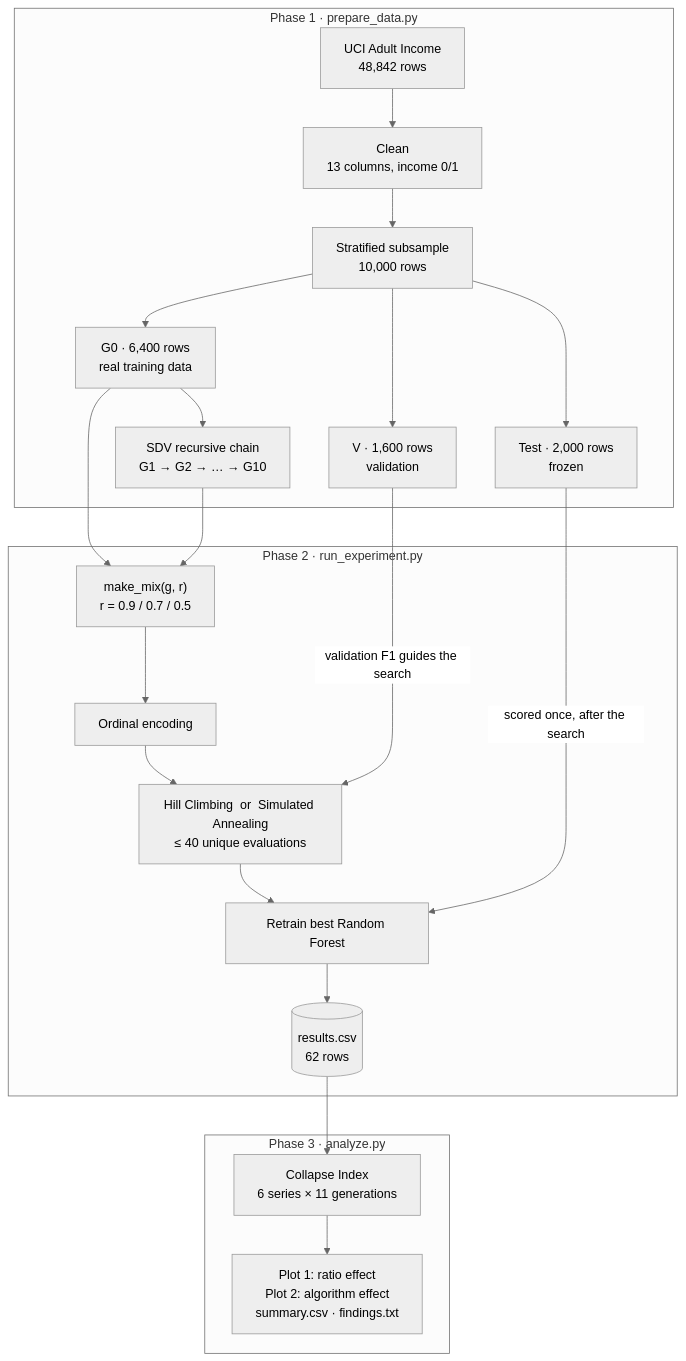
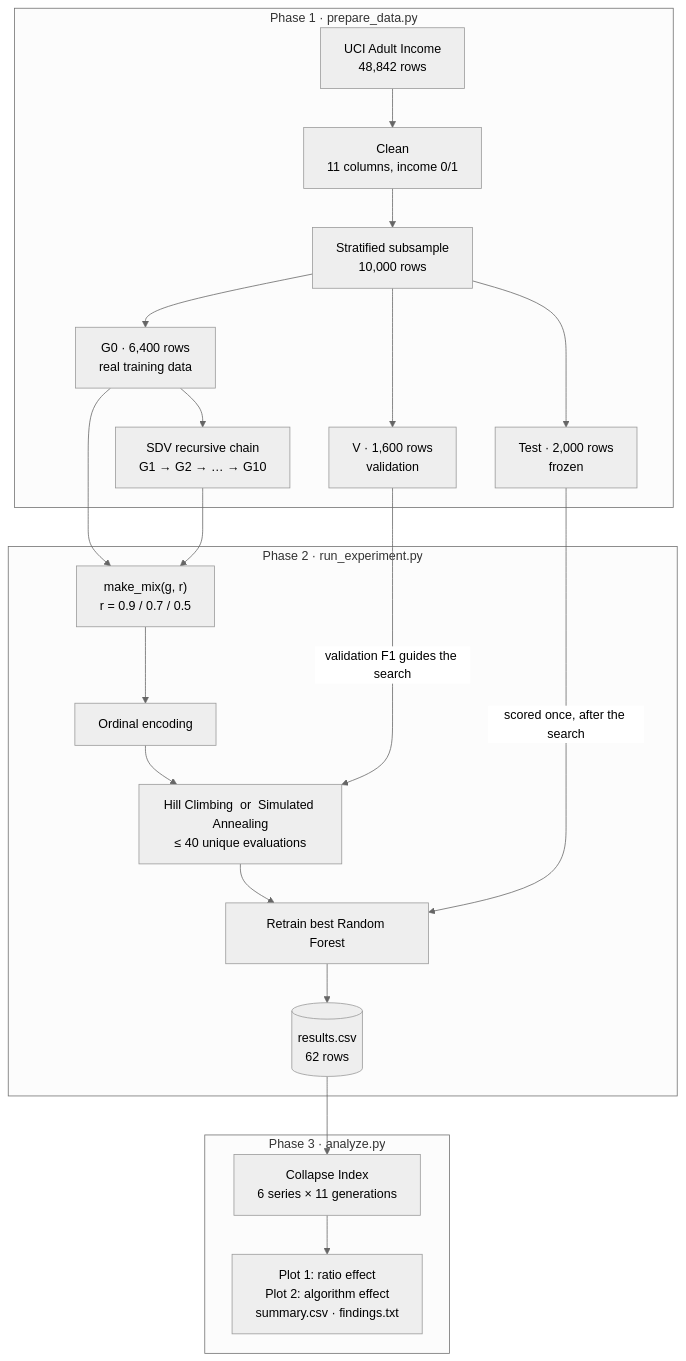
The first of 2 diagrams in README.md (Ramprasath-0103/blackmirror), drawn with Mermaid (neutral theme) before and after one commit. The commit also changed other lines of this file and 13 other files, not shown here.

````diff
--- a/README.md
+++ b/README.md
@@ -261,28 +260,28 @@
 ```mermaid
 flowchart TD
     subgraph P1["Phase 1 · prepare_data.py"]
-        A["UCI Adult Income<br/>48,842 rows"] --> B["Clean<br/>13 columns, income 0/1"]
+        A["UCI Adult Income<br/>48,842 rows"] --> B["Clean<br/>11 columns, income 0/1"]
         B --> C["Stratified subsample<br/>10,000 rows"]
         C --> T["Test · 2,000 rows<br/>frozen"]
         C --> V["V · 1,600 rows<br/>validation"]
         C --> G0["G0 · 6,400 rows<br/>real training data"]
         G0 --> S["SDV recursive chain<br/>G1 → G2 → … → G10"]
     end
 
     subgraph P2["Phase 2 · run_experiment.py"]
         M["make_mix(g, r)<br/>r = 0.9 / 0.7 / 0.5"] --> E["Ordinal encoding"]
         E --> H["Hill Climbing  or  Simulated Annealing<br/>≤ 40 unique evaluations"]
         H --> R["Retrain best Random Forest"]
         R --> CSV[("results.csv<br/>62 rows")]
     end
 
     subgraph P3["Phase 3 · analyze.py"]
         CI["Collapse Index<br/>6 series × 11 generations"] --> O["Plot 1: ratio effect<br/>Plot 2: algorithm effect<br/>summary.csv · findings.txt"]
     end
 
     G0 --> M
     S --> M
     V -- "validation F1 guides the search" --> H
     T -- "scored once, after the search" --> R
     CSV --> CI
 ```
````
